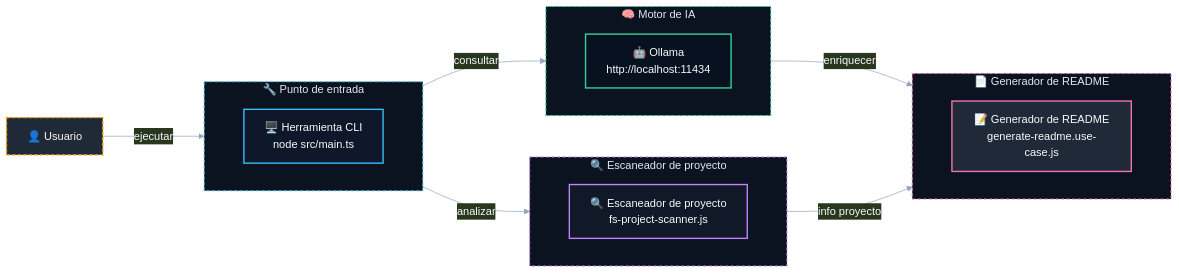
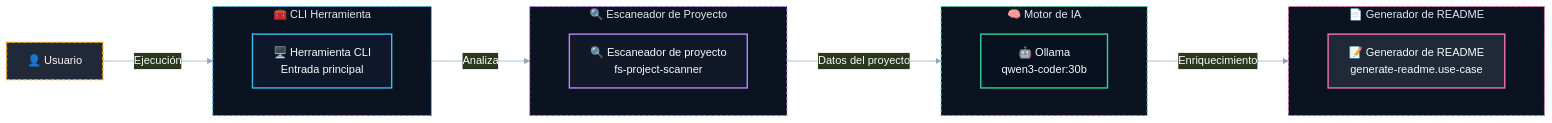
Before and after one commit to DavidTorro/README-GENERATOR: the diagram in README.md, drawn with Mermaid. The commit also changed other lines of this file and 7 other files, not shown here.

````diff
--- a/README.md
+++ b/README.md
@@ -29,52 +29,51 @@
 ```mermaid
 %%{init: {
     "theme": "base",
     "flowchart": { "curve": "basis", "nodeSpacing": 60, "rankSpacing": 90 },
     "themeVariables": {
         "primaryColor": "#1f2937",
         "primaryTextColor": "#f9fafb",
         "primaryBorderColor": "#60a5fa",
         "lineColor": "#94a3b8",
         "tertiaryColor": "#0f172a"
     }
 }}%%
 
 flowchart LR
-    subgraph SG0["🔧 Punto de entrada"]
+    subgraph SG0["🧰 CLI Herramienta"]
         direction LR
-        cli["🖥️ Herramienta CLI<br/>node src/main.ts"]
+        cli["🖥️ Herramienta CLI<br/>Entrada principal"]
     end
-    subgraph SG1["🔍 Escaneador de proyecto"]
+    subgraph SG1["🔍 Escaneador de Proyecto"]
         direction LR
-        scanner["🔍 Escaneador de proyecto<br/>fs-project-scanner.js"]
+        scanner["🔍 Escaneador de proyecto<br/>fs-project-scanner"]
     end
     subgraph SG2["🧠 Motor de IA"]
         direction LR
-        ai["🤖 Ollama<br/>http://localhost:11434"]
+        ai["🤖 Ollama<br/>qwen3-coder:30b"]
     end
     subgraph SG3["📄 Generador de README"]
         direction LR
-        generator["📝 Generador de README<br/>generate-readme.use-case.js"]
+        generator["📝 Generador de README<br/>generate-readme.use-case"]
     end
     user["👤 Usuario"]
-    user -- "ejecutar" --> cli
-    cli -- "analizar" --> scanner
-    scanner -- "info proyecto" --> generator
-    cli -- "consultar" --> ai
-    ai -- "enriquecer" --> generator
+    user -- "Ejecución" --> cli
+    cli -- "Analiza" --> scanner
+    scanner -- "Datos del proyecto" --> ai
+    ai -- "Enriquecimiento" --> generator
 
     classDef g0 fill:#0f172a,stroke:#38bdf8,color:#f8fafc,stroke-width:2px;
     class cli g0;
     classDef g1 fill:#111827,stroke:#c084fc,color:#f8fafc,stroke-width:2px;
     class scanner g1;
     classDef g2 fill:#08111f,stroke:#34d399,color:#f8fafc,stroke-width:2px;
     class ai g2;
     classDef g3 fill:#1f2937,stroke:#f472b6,color:#f8fafc,stroke-width:2px;
     class generator g3;
     classDef actor fill:#1f2937,stroke:#f59e0b,color:#fff7ed,stroke-width:2px,stroke-dasharray: 5 3;
     class user actor;
     style SG0 fill:#0b1220,stroke:#38bdf8,stroke-width:1.5px,stroke-dasharray: 4 4,color:#e2e8f0
     style SG1 fill:#0b1220,stroke:#c084fc,stroke-width:1.5px,stroke-dasharray: 4 4,color:#e2e8f0
     style SG2 fill:#0b1220,stroke:#34d399,stroke-width:1.5px,stroke-dasharray: 4 4,color:#e2e8f0
     style SG3 fill:#0b1220,stroke:#f472b6,stroke-width:1.5px,stroke-dasharray: 4 4,color:#e2e8f0
 ```
````
